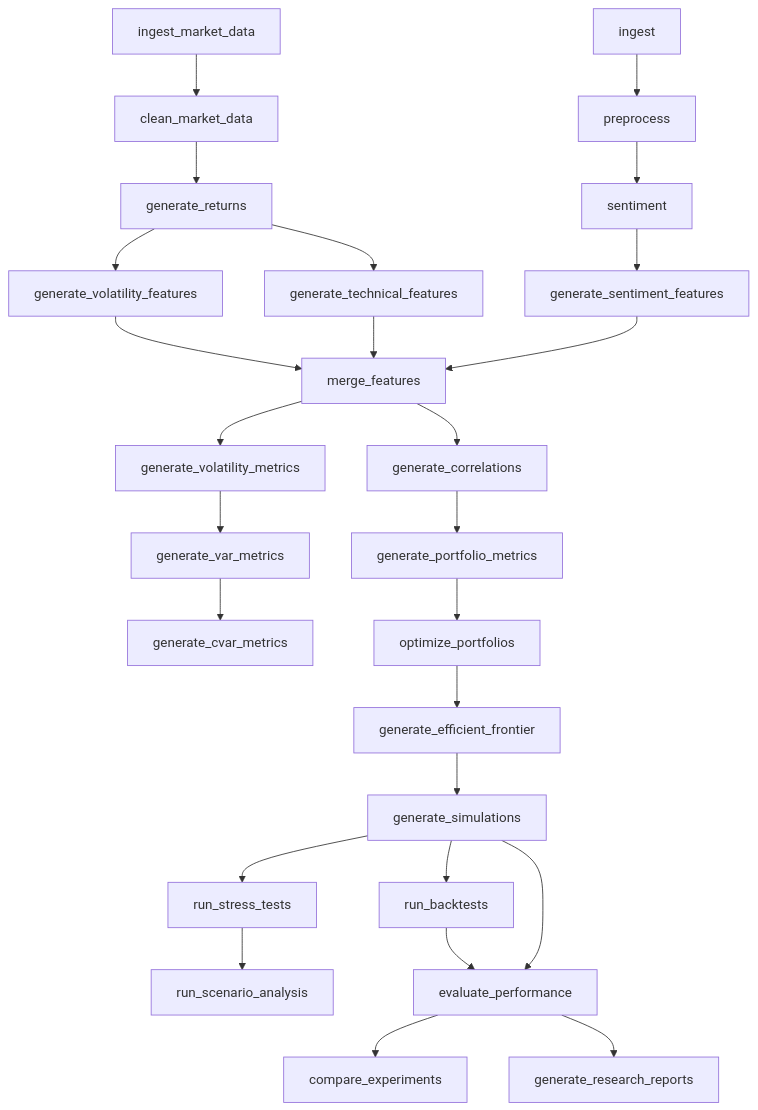
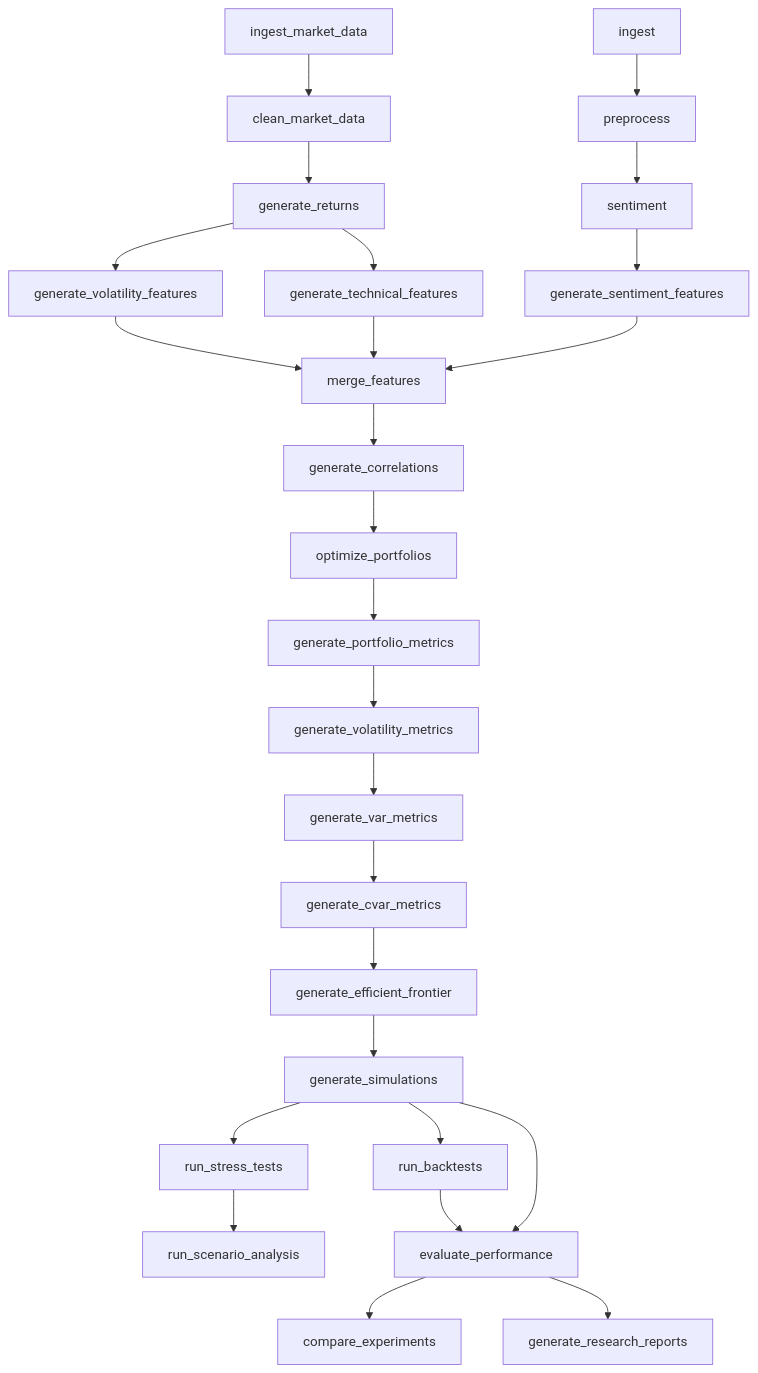
One commit to R1G12/ai-quant-risk-engine changed the second of 2 diagrams in README.md. Above: the diagram before and after it, drawn with Mermaid. The commit also changed other lines of this file and 32 other files, not shown here.

````diff
--- a/README.md
+++ b/README.md
@@ -44,27 +44,27 @@
 ```mermaid
 flowchart TB
   ingest[ingest] --> preprocess[preprocess] --> sentiment[sentiment]
   ingest_m[ingest_market_data] --> clean_m[clean_market_data]
   clean_m --> gen_ret[generate_returns]
   gen_ret --> gen_vol[generate_volatility_features]
   gen_ret --> gen_tech[generate_technical_features]
   sentiment --> gen_sent[generate_sentiment_features]
   gen_vol --> merge[merge_features]
   gen_tech --> merge
   gen_sent --> merge
-  merge --> risk_vol[generate_volatility_metrics]
+  merge --> risk_corr[generate_correlations]
+  risk_corr --> risk_opt[optimize_portfolios]
+  risk_opt --> risk_port[generate_portfolio_metrics]
+  risk_port --> risk_vol[generate_volatility_metrics]
   risk_vol --> risk_var[generate_var_metrics]
   risk_var --> risk_cvar[generate_cvar_metrics]
-  merge --> risk_corr[generate_correlations]
-  risk_corr --> risk_port[generate_portfolio_metrics]
-  risk_port --> risk_opt[optimize_portfolios]
-  risk_opt --> risk_front[generate_efficient_frontier]
+  risk_cvar --> risk_front[generate_efficient_frontier]
   risk_front --> gen_sim[generate_simulations]
   gen_sim --> run_bt[run_backtests]
   gen_sim --> run_stress[run_stress_tests]
   run_stress --> run_scen[run_scenario_analysis]
   run_bt --> eval_perf[evaluate_performance]
   gen_sim --> eval_perf
   eval_perf --> cmp_exp[compare_experiments]
   eval_perf --> gen_rep[generate_research_reports]
 ```
````
